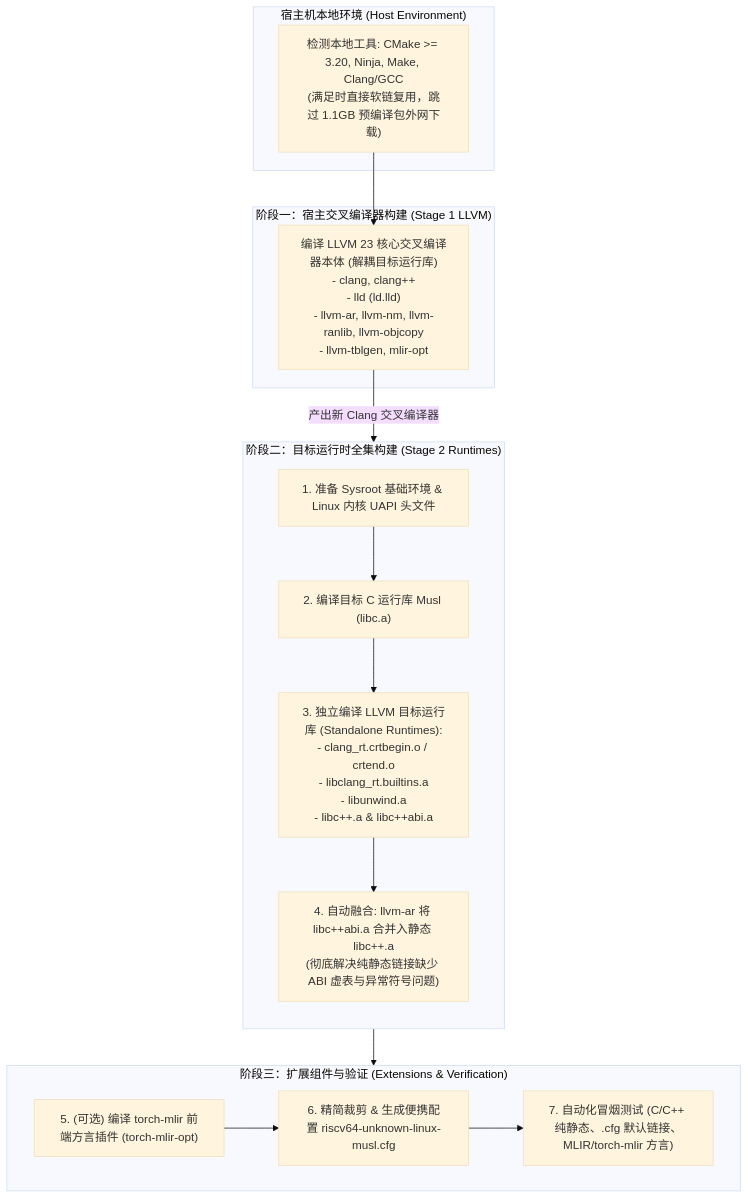
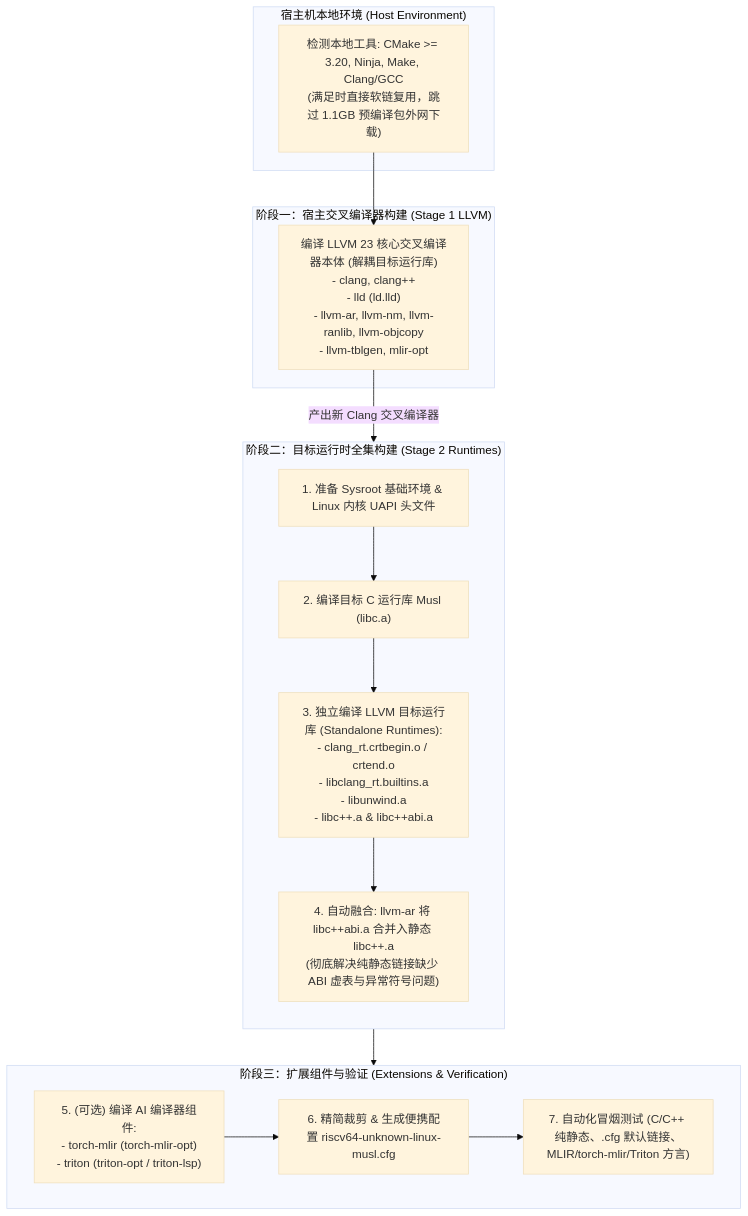
The diagram in README.md (Learn-Compiler/riscv-llvm-musl-toolchain), drawn with Mermaid (base theme) before and after one commit. The commit also changed other lines of this file and 7 other files, not shown here.

````diff
--- a/README.md
+++ b/README.md
@@ -30,30 +30,30 @@
 ```mermaid
 flowchart TD
     subgraph Host["宿主机本地环境 (Host Environment)"]
         H_Tools["检测本地工具: CMake >= 3.20, Ninja, Make, Clang/GCC<br/>(满足时直接软链复用，跳过 1.1GB 预编译包外网下载)"]
     end
 
     subgraph Stage1["阶段一：宿主交叉编译器构建 (Stage 1 LLVM)"]
         LLVM_Build["编译 LLVM 23 核心交叉编译器本体 (解耦目标运行库)<br/>- clang, clang++<br/>- lld (ld.lld)<br/>- llvm-ar, llvm-nm, llvm-ranlib, llvm-objcopy<br/>- llvm-tblgen, mlir-opt"]
     end
 
     subgraph Stage2["阶段二：目标运行时全集构建 (Stage 2 Runtimes)"]
         direction TB
         R_Sysroot["1. 准备 Sysroot 基础环境 & Linux 内核 UAPI 头文件"]
         R_Musl["2. 编译目标 C 运行库 Musl (libc.a)"]
         R_Runtimes["3. 独立编译 LLVM 目标运行库 (Standalone Runtimes):<br/>- clang_rt.crtbegin.o / crtend.o<br/>- libclang_rt.builtins.a<br/>- libunwind.a<br/>- libc++.a & libc++abi.a"]
         R_Merge["4. 自动融合: llvm-ar 将 libc++abi.a 合并入静态 libc++.a<br/>(彻底解决纯静态链接缺少 ABI 虚表与异常符号问题)"]
         R_Sysroot --> R_Musl --> R_Runtimes --> R_Merge
     end
 
     subgraph Stage3["阶段三：扩展组件与验证 (Extensions & Verification)"]
-        TorchMLIR["5. (可选) 编译 torch-mlir 前端方言插件 (torch-mlir-opt)"]
+        AI_Plugins["5. (可选) 编译 AI 编译器组件:<br/>- torch-mlir (torch-mlir-opt)<br/>- triton (triton-opt / triton-lsp)"]
         Prune["6. 精简裁剪 & 生成便携配置 riscv64-unknown-linux-musl.cfg"]
-        Verify["7. 自动化冒烟测试 (C/C++ 纯静态、.cfg 默认链接、MLIR/torch-mlir 方言)"]
-        TorchMLIR --> Prune --> Verify
+        Verify["7. 自动化冒烟测试 (C/C++ 纯静态、.cfg 默认链接、MLIR/torch-mlir/Triton 方言)"]
+        AI_Plugins --> Prune --> Verify
     end
 
     H_Tools --> LLVM_Build
     LLVM_Build -->|产出新 Clang 交叉编译器| Stage2
     Stage2 --> Stage3
 ```
````
